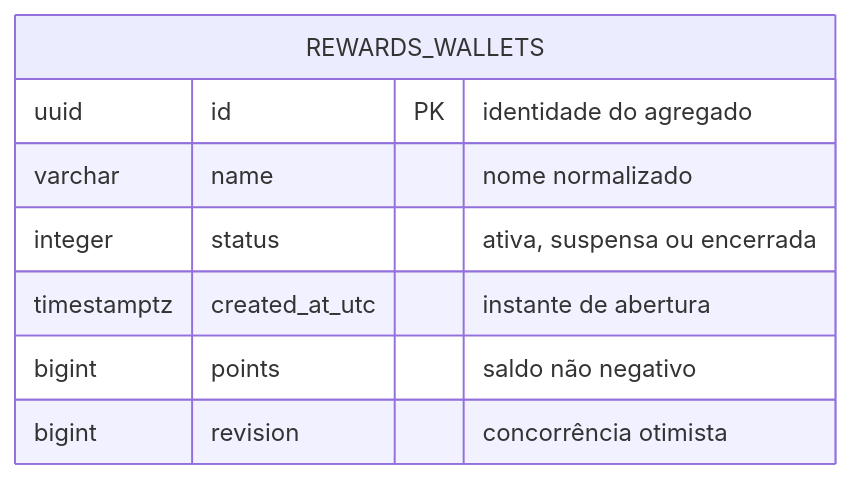
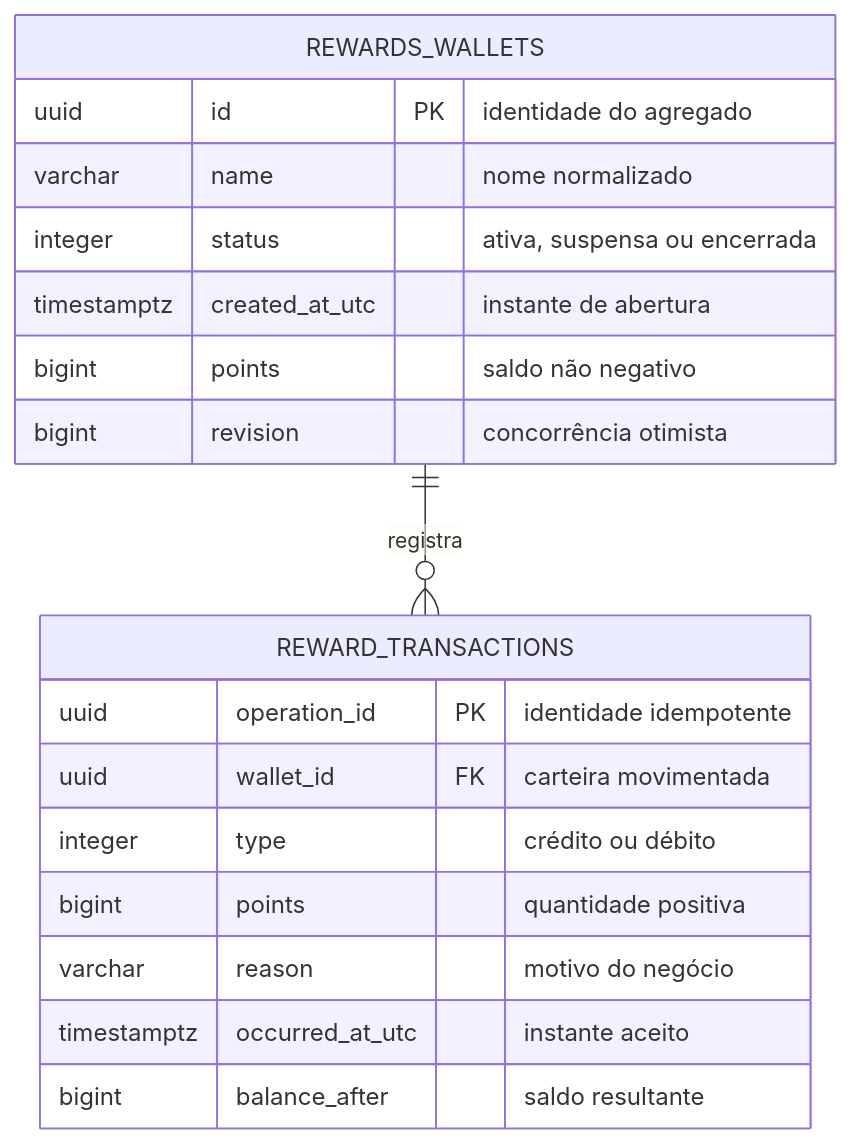
The fourth of 4 diagrams in README.pt-BR.md (rfulgencio3/RewardFlow.SuppleDesign), drawn with Mermaid before and after one commit. The commit also changed other lines of this file and 27 other files, not shown here.

```diff
--- a/README.pt-BR.md
+++ b/README.pt-BR.md
@@ -450,11 +465,21 @@
 ~~~mermaid
 erDiagram
     REWARDS_WALLETS {
         uuid id PK "identidade do agregado"
         varchar name "nome normalizado"
         integer status "ativa, suspensa ou encerrada"
         timestamptz created_at_utc "instante de abertura"
         bigint points "saldo não negativo"
         bigint revision "concorrência otimista"
     }
+    REWARD_TRANSACTIONS {
+        uuid operation_id PK "identidade idempotente"
+        uuid wallet_id FK "carteira movimentada"
+        integer type "crédito ou débito"
+        bigint points "quantidade positiva"
+        varchar reason "motivo do negócio"
+        timestamptz occurred_at_utc "instante aceito"
+        bigint balance_after "saldo resultante"
+    }
+    REWARDS_WALLETS ||--o{ REWARD_TRANSACTIONS : registra
 ~~~
```
